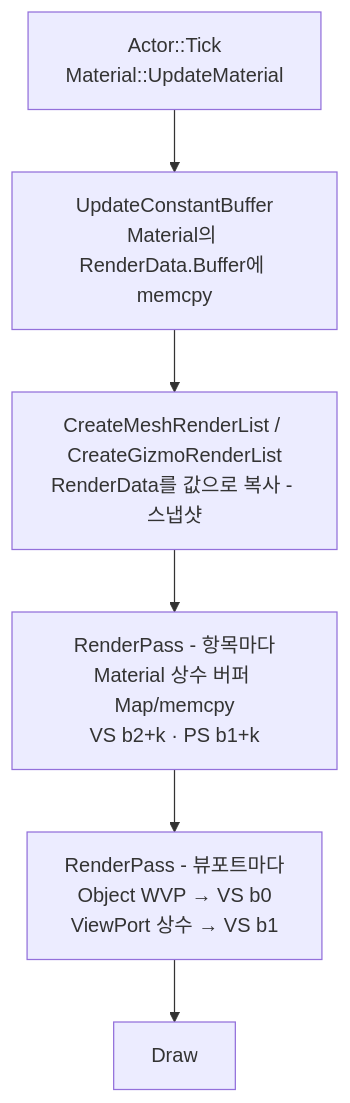
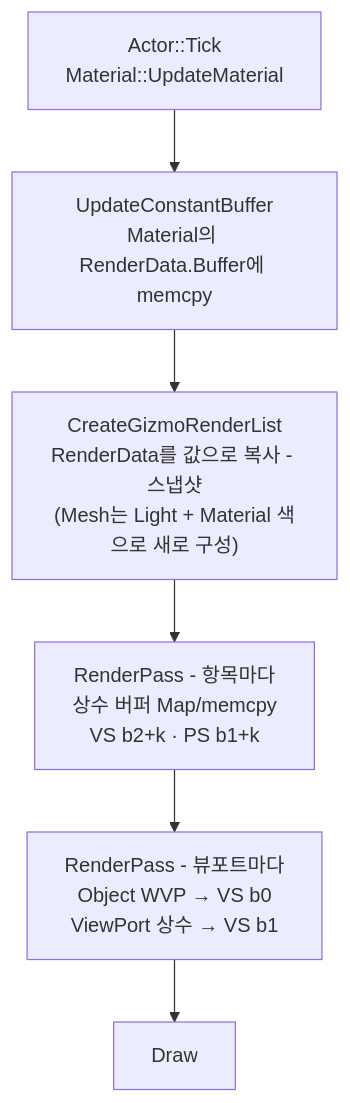
The seventh of 12 diagrams in README.md (Gat-Young/ForestPearlEngine), drawn with Mermaid before and after one commit. The commit also changed other lines of this file, not shown here.

````diff
--- a/README.md
+++ b/README.md
@@ -681,8 +728,8 @@
 ```mermaid
 flowchart TD
     A["Actor::Tick<br/>Material::UpdateMaterial"] --> B["UpdateConstantBuffer<br/>Material의 RenderData.Buffer에 memcpy"]
-    B --> C["CreateMeshRenderList / CreateGizmoRenderList<br/>RenderData를 값으로 복사 - 스냅샷"]
-    C --> D["RenderPass - 항목마다<br/>Material 상수 버퍼 Map/memcpy<br/>VS b2+k · PS b1+k"]
+    B --> C["CreateGizmoRenderList<br/>RenderData를 값으로 복사 - 스냅샷<br/>(Mesh는 Light + Material 색으로 새로 구성)"]
+    C --> D["RenderPass - 항목마다<br/>상수 버퍼 Map/memcpy<br/>VS b2+k · PS b1+k"]
     D --> E["RenderPass - 뷰포트마다<br/>Object WVP → VS b0<br/>ViewPort 상수 → VS b1"]
     E --> F["Draw"]
 ```
````
